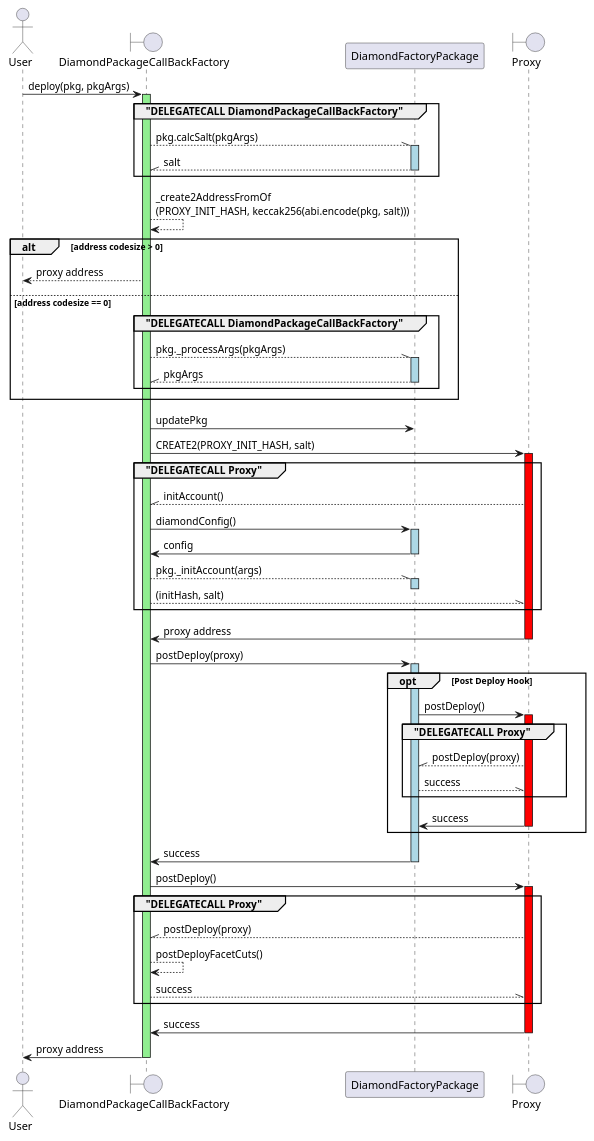
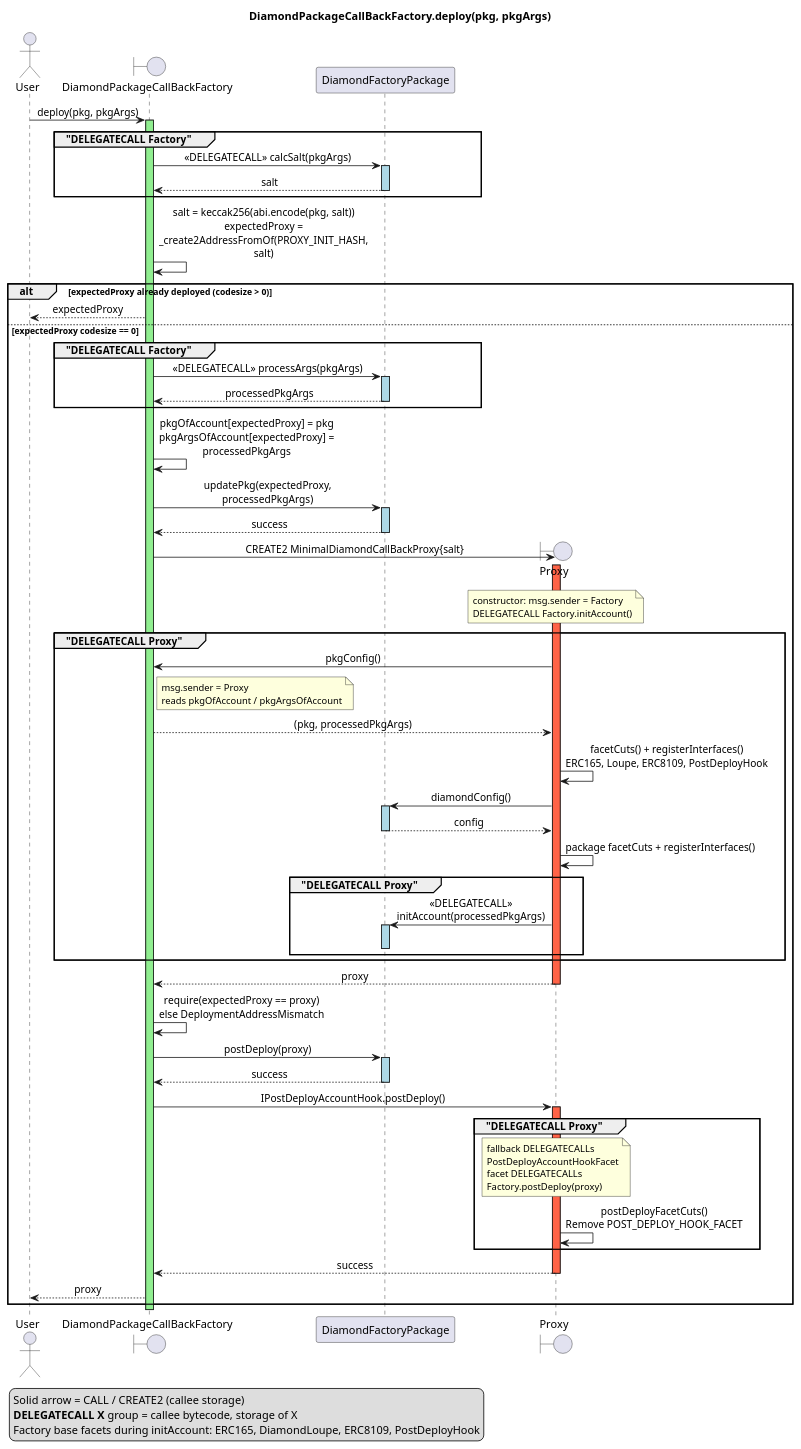
Before and after one commit to cyotee/crane: the diagram in contracts/factories/diamondPkg/DiamondPackageCallBackFactory.plantuml, drawn with PlantUML. The commit also changed 312 other files, not shown here.

```diff
--- a/contracts/factories/diamondPkg/DiamondPackageCallBackFactory.plantuml
+++ b/contracts/factories/diamondPkg/DiamondPackageCallBackFactory.plantuml
@@ -1,68 +1,109 @@
 @startuml DiamondPackageCallBackFactory
+' Sequence of DiamondPackageCallBackFactory.deploy(pkg, pkgArgs).
+' Group title "DELEGATECALL X" means the callee's bytecode runs with
+' address(this) / storage = X. Solid arrows are CALL or CREATE2.
+' Messages marked <<DELEGATECALL>> are DELEGATECALL.
+
+title DiamondPackageCallBackFactory.deploy(pkg, pkgArgs)
+
+skinparam responseMessageBelowArrow true
+skinparam maxMessageSize 280
+skinparam wrapWidth 240
+skinparam noteFontSize 12
+skinparam ParticipantPadding 24
+skinparam BoxPadding 8
+skinparam sequenceMessageAlign center
+
 actor User
+boundary Factory as "DiamondPackageCallBackFactory"
+participant Pkg as "DiamondFactoryPackage"
+boundary Proxy
 
-!pragma teoz true
-boundary DiamondPackageCallBackFactory
-User -> DiamondPackageCallBackFactory: deploy(pkg, pkgArgs)
-activate DiamondPackageCallBackFactory #lightgreen
-group "DELEGATECALL DiamondPackageCallBackFactory"
-    DiamondPackageCallBackFactory --\\ DiamondFactoryPackage: pkg.calcSalt(pkgArgs)
-    activate DiamondFactoryPackage #lightblue
-    DiamondPackageCallBackFactory //-- DiamondFactoryPackage: salt
-    deactivate DiamondFactoryPackage
+User -> Factory: deploy(pkg, pkgArgs)
+activate Factory #lightgreen
+
+group "DELEGATECALL Factory"
+    Factory -> Pkg: <<DELEGATECALL>> calcSalt(pkgArgs)
+    activate Pkg #lightblue
+    Pkg --> Factory: salt
+    deactivate Pkg
 end
-DiamondPackageCallBackFactory --> DiamondPackageCallBackFactory: _create2AddressFromOf\n(PROXY_INIT_HASH, keccak256(abi.encode(pkg, salt)))
-alt address codesize > 0
-    DiamondPackageCallBackFactory --> User: proxy address
-else address codesize == 0
-    group "DELEGATECALL DiamondPackageCallBackFactory"
-        DiamondPackageCallBackFactory --\\ DiamondFactoryPackage: pkg._processArgs(pkgArgs)
-        activate DiamondFactoryPackage #lightblue
-        DiamondPackageCallBackFactory //-- DiamondFactoryPackage: pkgArgs
-        deactivate DiamondFactoryPackage
+
+Factory -> Factory: salt = keccak256(abi.encode(pkg, salt))\nexpectedProxy = _create2AddressFromOf(PROXY_INIT_HASH, salt)
+
+alt expectedProxy already deployed (codesize > 0)
+    Factory --> User: expectedProxy
+else expectedProxy codesize == 0
+
+    group "DELEGATECALL Factory"
+        Factory -> Pkg: <<DELEGATECALL>> processArgs(pkgArgs)
+        activate Pkg #lightblue
+        Pkg --> Factory: processedPkgArgs
+        deactivate Pkg
     end
+
+    Factory -> Factory: pkgOfAccount[expectedProxy] = pkg\npkgArgsOfAccount[expectedProxy] = processedPkgArgs
+
+    Factory -> Pkg: updatePkg(expectedProxy, processedPkgArgs)
+    activate Pkg #lightblue
+    Pkg --> Factory: success
+    deactivate Pkg
+
+    Factory -> Proxy ** : CREATE2 MinimalDiamondCallBackProxy{salt}
+    activate Proxy #tomato
+    note over Proxy
+      constructor: msg.sender = Factory
+      DELEGATECALL Factory.initAccount()
+    end note
+
+    group "DELEGATECALL Proxy"
+        Proxy -> Factory: pkgConfig()
+        note right of Factory: msg.sender = Proxy\nreads pkgOfAccount / pkgArgsOfAccount
+        Factory --> Proxy: (pkg, processedPkgArgs)
+        Proxy -> Proxy: facetCuts() + registerInterfaces()\nERC165, Loupe, ERC8109, PostDeployHook
+        Proxy -> Pkg: diamondConfig()
+        activate Pkg #lightblue
+        Pkg --> Proxy: config
+        deactivate Pkg
+        Proxy -> Proxy: package facetCuts + registerInterfaces()
+        group "DELEGATECALL Proxy"
+            Proxy -> Pkg: <<DELEGATECALL>> initAccount(processedPkgArgs)
+            activate Pkg #lightblue
+            deactivate Pkg
+        end
+    end
+
+    Proxy --> Factory: proxy
+    deactivate Proxy
+
+    Factory -> Factory: require(expectedProxy == proxy)\nelse DeploymentAddressMismatch
+
+    Factory -> Pkg: postDeploy(proxy)
+    activate Pkg #lightblue
+    Pkg --> Factory: success
+    deactivate Pkg
+
+    Factory -> Proxy: IPostDeployAccountHook.postDeploy()
+    activate Proxy #tomato
+    group "DELEGATECALL Proxy"
+        note over Proxy
+          fallback DELEGATECALLs PostDeployAccountHookFacet
+          facet DELEGATECALLs Factory.postDeploy(proxy)
+        end note
+        Proxy -> Proxy: postDeployFacetCuts()\nRemove POST_DEPLOY_HOOK_FACET
+    end
+    Proxy --> Factory: success
+    deactivate Proxy
+
+    Factory --> User: proxy
 end
-DiamondPackageCallBackFactory -> DiamondFactoryPackage: updatePkg
-boundary Proxy
-DiamondPackageCallBackFactory -> Proxy: CREATE2(PROXY_INIT_HASH, salt)
-activate Proxy #red
-group "DELEGATECALL Proxy"
-    DiamondPackageCallBackFactory //-- Proxy: initAccount()
-    DiamondPackageCallBackFactory -> DiamondFactoryPackage: diamondConfig()
-    activate DiamondFactoryPackage #lightblue
-    DiamondPackageCallBackFactory <- DiamondFactoryPackage: config
-    deactivate DiamondFactoryPackage
-    DiamondPackageCallBackFactory --\\ DiamondFactoryPackage: pkg._initAccount(args)
-    activate DiamondFactoryPackage #lightblue
-    deactivate DiamondFactoryPackage
-    DiamondPackageCallBackFactory --\\ Proxy: (initHash, salt)
-end
-DiamondPackageCallBackFactory <- Proxy: proxy address
-deactivate Proxy
-DiamondPackageCallBackFactory -> DiamondFactoryPackage: postDeploy(proxy)
-activate DiamondFactoryPackage #lightblue
-opt Post Deploy Hook
-    DiamondFactoryPackage -> Proxy: postDeploy()
-    activate Proxy #red
-    group "DELEGATECALL Proxy"
-        DiamondFactoryPackage //-- Proxy: postDeploy(proxy)
-        DiamondFactoryPackage --\\ Proxy: success
-    end
-    DiamondFactoryPackage <- Proxy: success
-    deactivate Proxy
-end
-DiamondPackageCallBackFactory <- DiamondFactoryPackage: success
-deactivate DiamondFactoryPackage
-DiamondPackageCallBackFactory -> Proxy: postDeploy()
-activate Proxy #red
-    group "DELEGATECALL Proxy"
-        DiamondPackageCallBackFactory //-- Proxy: postDeploy(proxy)
-        DiamondPackageCallBackFactory --> DiamondPackageCallBackFactory: postDeployFacetCuts()
-        DiamondPackageCallBackFactory --\\ Proxy: success
-    end
-DiamondPackageCallBackFactory <- Proxy: success
-deactivate Proxy
-User <- DiamondPackageCallBackFactory: proxy address
-deactivate DiamondPackageCallBackFactory
+
+deactivate Factory
+
+legend left
+  Solid arrow = CALL / CREATE2 (callee storage)
+  **DELEGATECALL X** group = callee bytecode, storage of X
+  Factory base facets during initAccount: ERC165, DiamondLoupe, ERC8109, PostDeployHook
+endlegend
 
 @enduml
```
